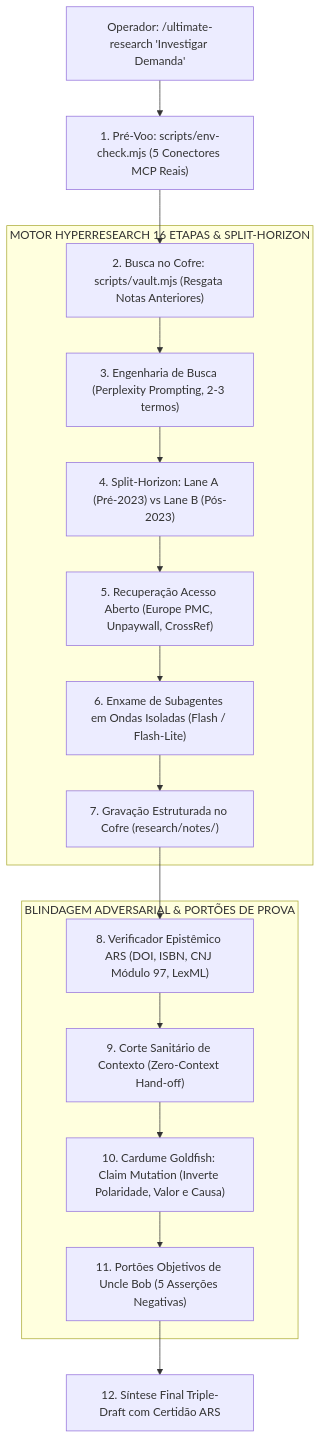
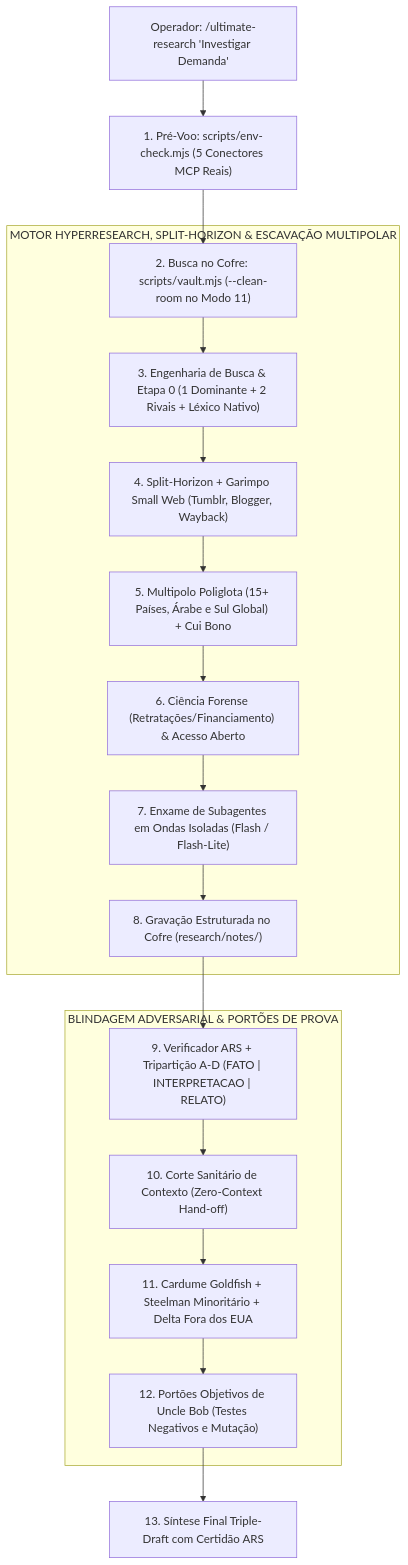
Before and after one commit to santanaluiz181-cell/ultimate-research: the diagram in README.pt-BR.md, drawn with Mermaid. The commit also changed other lines of this file and 42 other files, not shown here.

Commit message:
feat(superupgrade): v2.3.0 multipolar polyglot, small-web archaeology & clean-room excavation

````diff
--- a/README.pt-BR.md
+++ b/README.pt-BR.md
@@ -71,22 +72,23 @@
 ```mermaid
 flowchart TD
     User["Operador: /ultimate-research 'Investigar Demanda'"] --> Env["1. Pré-Voo: scripts/env-check.mjs (5 Conectores MCP Reais)"]
-    Env --> VaultSearch["2. Busca no Cofre: scripts/vault.mjs (Resgata Notas Anteriores)"]
+    Env --> VaultSearch["2. Busca no Cofre: scripts/vault.mjs (--clean-room no Modo 11)"]
     
-    subgraph PIPELINE["MOTOR HYPERRESEARCH 16 ETAPAS & SPLIT-HORIZON"]
-        VaultSearch --> Dorking["3. Engenharia de Busca (Perplexity Prompting, 2-3 termos)"]
-        Dorking --> Split["4. Split-Horizon: Lane A (Pré-2023) vs Lane B (Pós-2023)"]
-        Split --> OARecovery["5. Recuperação Acesso Aberto (Europe PMC, Unpaywall, CrossRef)"]
-        OARecovery --> Subagents["6. Enxame de Subagentes em Ondas Isoladas (Flash / Flash-Lite)"]
-        Subagents --> VaultStore["7. Gravação Estruturada no Cofre (research/notes/)"]
+    subgraph PIPELINE["MOTOR HYPERRESEARCH, SPLIT-HORIZON & ESCAVAÇÃO MULTIPOLAR"]
+        VaultSearch --> Dorking["3. Engenharia de Busca & Etapa 0 (1 Dominante + 2 Rivais + Léxico Nativo)"]
+        Dorking --> Split["4. Split-Horizon + Garimpo Small Web (Tumblr, Blogger, Wayback)"]
+        Split --> Multipolar["5. Multipolo Poliglota (15+ Países, Árabe e Sul Global) + Cui Bono"]
+        Multipolar --> OARecovery["6. Ciência Forense (Retratações/Financiamento) & Acesso Aberto"]
+        OARecovery --> Subagents["7. Enxame de Subagentes em Ondas Isoladas (Flash / Flash-Lite)"]
+        Subagents --> VaultStore["8. Gravação Estruturada no Cofre (research/notes/)"]
     end
 
     subgraph ADVERSARIAL["BLINDAGEM ADVERSARIAL & PORTÕES DE PROVA"]
-        VaultStore --> ARS["8. Verificador Epistêmico ARS (DOI, ISBN, CNJ Módulo 97, LexML)"]
-        ARS --> Purge["9. Corte Sanitário de Contexto (Zero-Context Hand-off)"]
-        Purge --> Goldfish["10. Cardume Goldfish: Claim Mutation (Inverte Polaridade, Valor e Causa)"]
-        Goldfish --> UncleBob["11. Portões Objetivos de Uncle Bob (5 Asserções Negativas)"]
+        VaultStore --> ARS["9. Verificador ARS + Tripartição A-D (FATO | INTERPRETACAO | RELATO)"]
+        ARS --> Purge["10. Corte Sanitário de Contexto (Zero-Context Hand-off)"]
+        Purge --> Goldfish["11. Cardume Goldfish + Steelman Minoritário + Delta Fora dos EUA"]
+        Goldfish --> UncleBob["12. Portões Objetivos de Uncle Bob (Testes Negativos e Mutação)"]
     end
 
-    UncleBob --> Synthesis["12. Síntese Final Triple-Draft com Certidão ARS"]
+    UncleBob --> Synthesis["13. Síntese Final Triple-Draft com Certidão ARS"]
 ```
````
